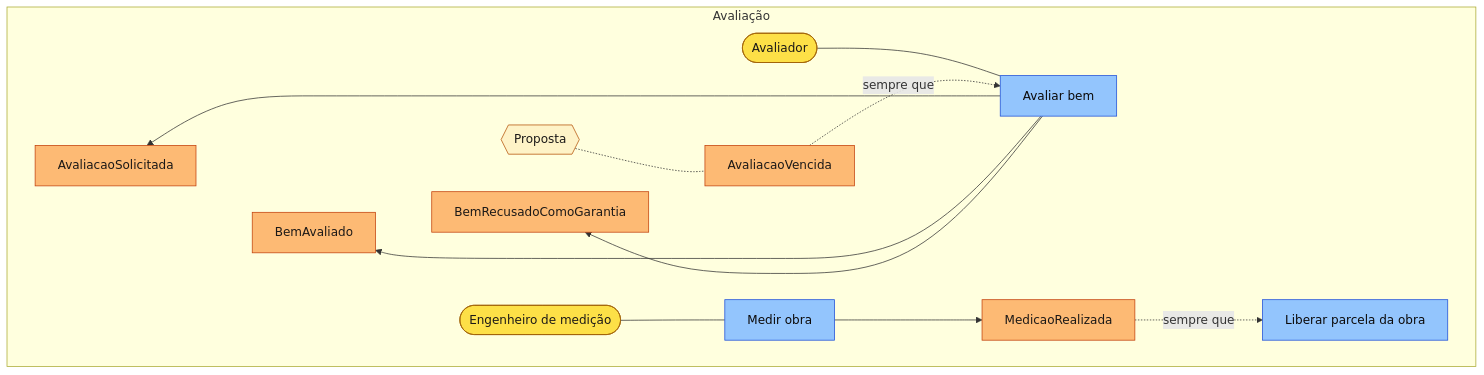
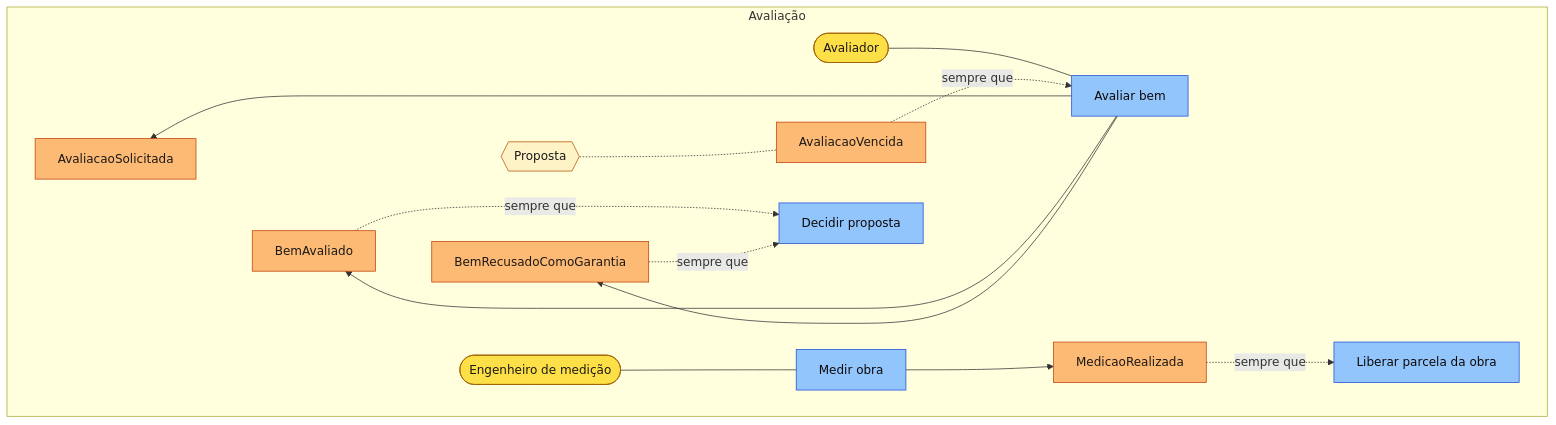
One commit to lucasqss/sistema-financiamento changed the seventh of 12 diagrams in docs/dominio/especificacao.md. Above: the diagram before and after it, drawn with Mermaid. The commit also changed other lines of this file and 3 other files, not shown here.

````diff
--- a/docs/dominio/especificacao.md
+++ b/docs/dominio/especificacao.md
@@ -1356,35 +1459,38 @@
 ```mermaid
 flowchart LR
     subgraph DOM_0003_es["Avaliação"]
         direction LR
         EVT_0016["AvaliacaoSolicitada"]:::evento
-        UC_0009["Avaliar bem"]:::comando
+        UC_0012["Avaliar bem"]:::comando
         ATR_0007(["Avaliador"]):::ator
         EVT_0017["BemAvaliado"]:::evento
+        UC_0006["Decidir proposta"]:::comando
         EVT_0018["BemRecusadoComoGarantia"]:::evento
         EVT_0019["AvaliacaoVencida"]:::evento
         AGR_0001{{"Proposta"}}:::agregado
         EVT_0020["MedicaoRealizada"]:::evento
-        UC_0010["Medir obra"]:::comando
+        UC_0013["Medir obra"]:::comando
         ATR_0006(["Engenheiro de medição"]):::ator
-        UC_0017["Liberar parcela da obra"]:::comando
+        UC_0023["Liberar parcela da obra"]:::comando
     end
-    UC_0009 --> EVT_0016
-    ATR_0007 --- UC_0009
+    UC_0012 --> EVT_0016
+    ATR_0007 --- UC_0012
     EVT_0016 ~~~ EVT_0017
-    UC_0009 --> EVT_0017
+    UC_0012 --> EVT_0017
     EVT_0017 ~~~ EVT_0018
-    UC_0009 --> EVT_0018
+    UC_0012 --> EVT_0018
     EVT_0018 ~~~ EVT_0019
     AGR_0001 -.- EVT_0019
     EVT_0019 ~~~ EVT_0020
-    UC_0010 --> EVT_0020
-    ATR_0006 --- UC_0010
-    EVT_0019 -.->|sempre que| UC_0009
-    EVT_0020 -.->|sempre que| UC_0017
+    UC_0013 --> EVT_0020
+    ATR_0006 --- UC_0013
+    EVT_0017 -.->|sempre que| UC_0006
+    EVT_0018 -.->|sempre que| UC_0006
+    EVT_0019 -.->|sempre que| UC_0012
+    EVT_0020 -.->|sempre que| UC_0023
     classDef evento fill:#fdba74,stroke:#c2410c,color:#1c1917
     classDef comando fill:#93c5fd,stroke:#1d4ed8,color:#0c0a09
     classDef ator fill:#fde047,stroke:#a16207,color:#1c1917
     classDef agregado fill:#fef3c7,stroke:#b45309,color:#1c1917
     classDef semOrigem stroke-dasharray:5 4,stroke-width:2px
 ```
````
